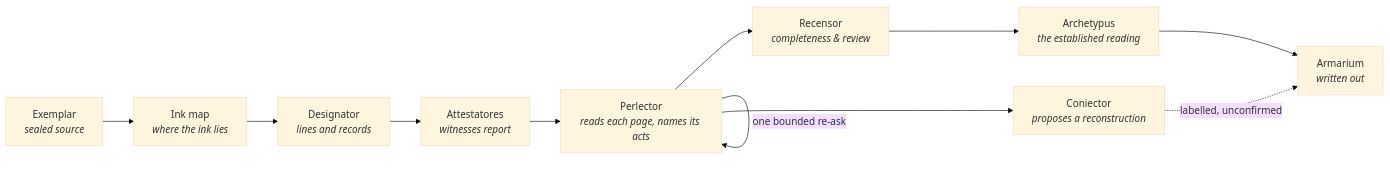
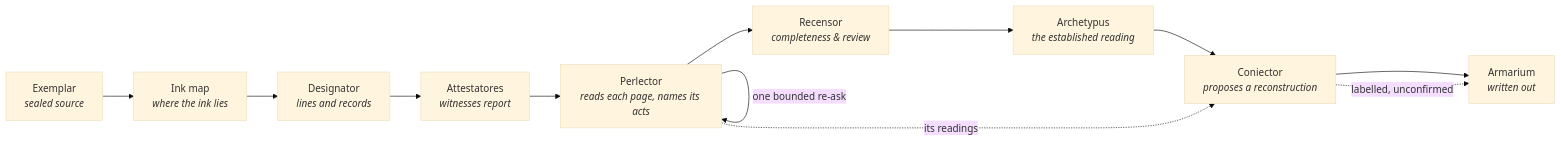
Before and after one commit to MegaSlick/Apparatus-Verbatus-Alpha: the first of 2 diagrams in ARCHITECTURE.md, drawn with Mermaid (base theme). The commit also changed other lines of this file and 6 other files, not shown here.

````diff
--- a/ARCHITECTURE.md
+++ b/ARCHITECTURE.md
@@ -28,13 +29,14 @@
 ```mermaid
 flowchart LR
     A["Exemplar<br/><i>sealed source</i>"] --> I["Ink map<br/><i>where the ink lies</i>"]
     I --> B["Designator<br/><i>lines and records</i>"]
     B --> C["Attestatores<br/><i>witnesses report</i>"]
     C --> D["Perlector<br/><i>reads each page, names its acts</i>"]
     D -->|"one bounded re-ask"| D
     D --> E["Recensor<br/><i>completeness & review</i>"]
-    D --> K["Coniector<br/><i>proposes a reconstruction</i>"]
     E --> F["Archetypus<br/><i>the established reading</i>"]
-    F --> G["Armarium<br/><i>written out</i>"]
+    F --> K["Coniector<br/><i>proposes a reconstruction</i>"]
+    K --> G["Armarium<br/><i>written out</i>"]
+    D -.->|"its readings"| K
     K -.->|"labelled, unconfirmed"| G
 ```
````
